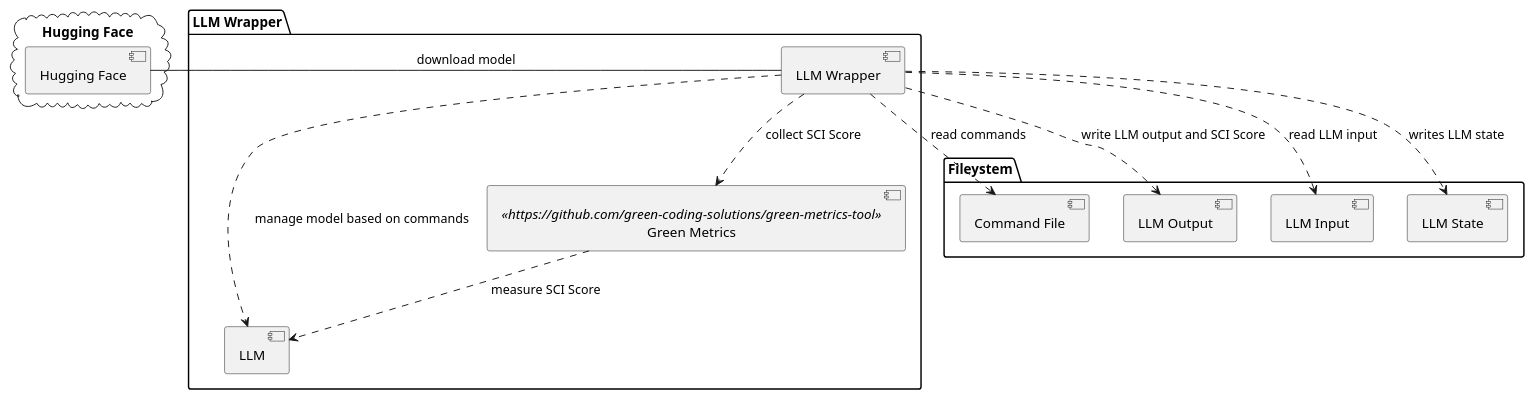
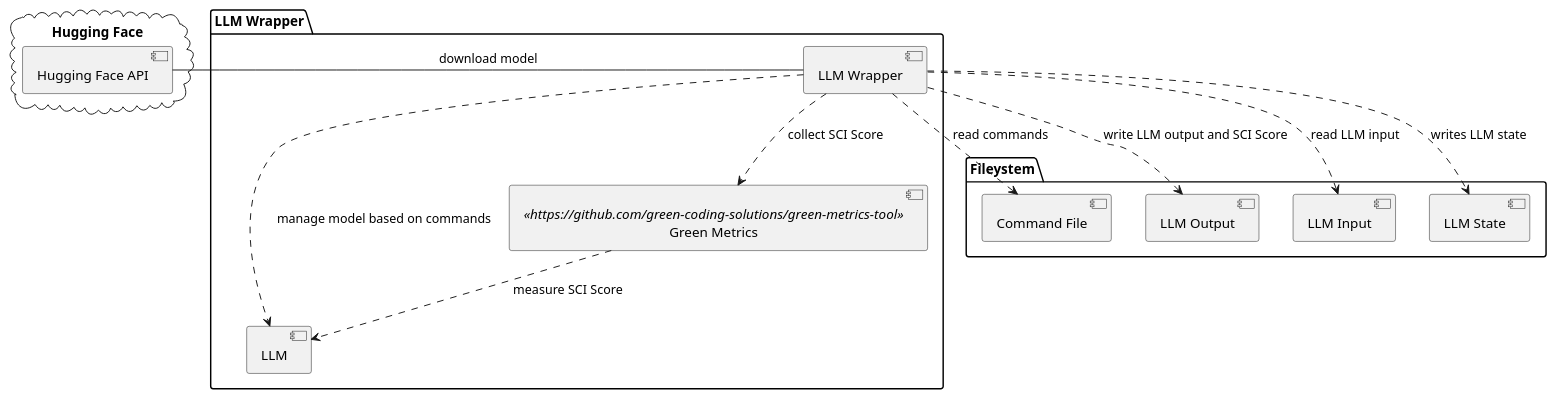
One commit to gflachs/GreenPrompt_LLM_Wrapper changed the diagram in docs/architectur/overview.puml. Above: the diagram before and after it, drawn with PlantUML. The commit also changed 2 other files, not shown here.

```diff
--- a/docs/architectur/overview.puml
+++ b/docs/architectur/overview.puml
@@ -1,35 +1,35 @@
 @startuml overview
 
 
 cloud "Hugging Face" as HFC {
-    component "Hugging Face" as HF
+    component "Hugging Face API" as HF
 }
 
 
 
 package "Fileystem" as FS {
     component "Command File" as CF
     component "LLM Output" as LLMOUT
     component "LLM Input" as LLMI
     component "LLM State" as LLMSTATE
 }
 package "LLM Wrapper" {
     
     component "LLM Wrapper" as LLMW 
     component "LLM" as LLM
     component "Green Metrics" as GM <<https://github.com/green-coding-solutions/green-metrics-tool>>
 }
 
 
 
 [LLMW] -left- [HF]: "download model"
 [LLMW] ..> [LLM]: "manage model based on commands"
 [LLMW] ..> [CF]: "read commands"
 [LLMW] ..> [LLMOUT]: "write LLM output and SCI Score"
 [LLMW] ..> [LLMI]: "read LLM input"
 [LLMW] ..> [LLMSTATE]: "writes LLM state"
 [GM] ..> [LLM]: "measure SCI Score"
 [LLMW] ..> [GM]: "collect SCI Score"
 
 
 @enduml
```
